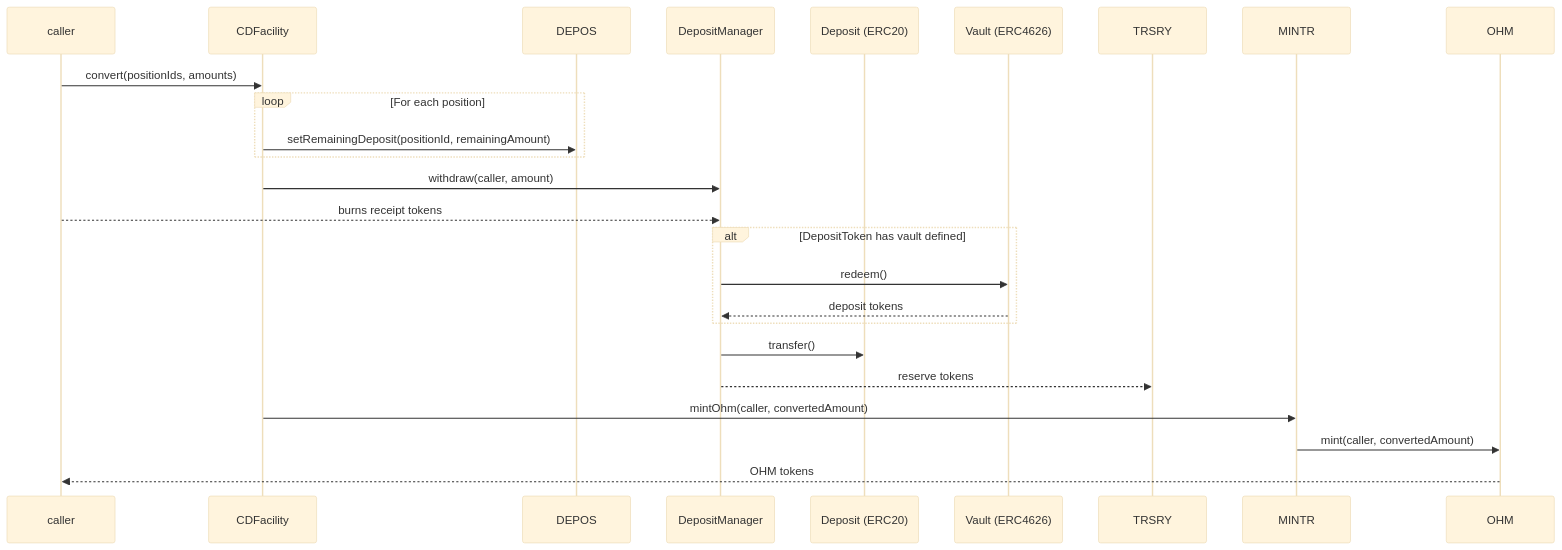
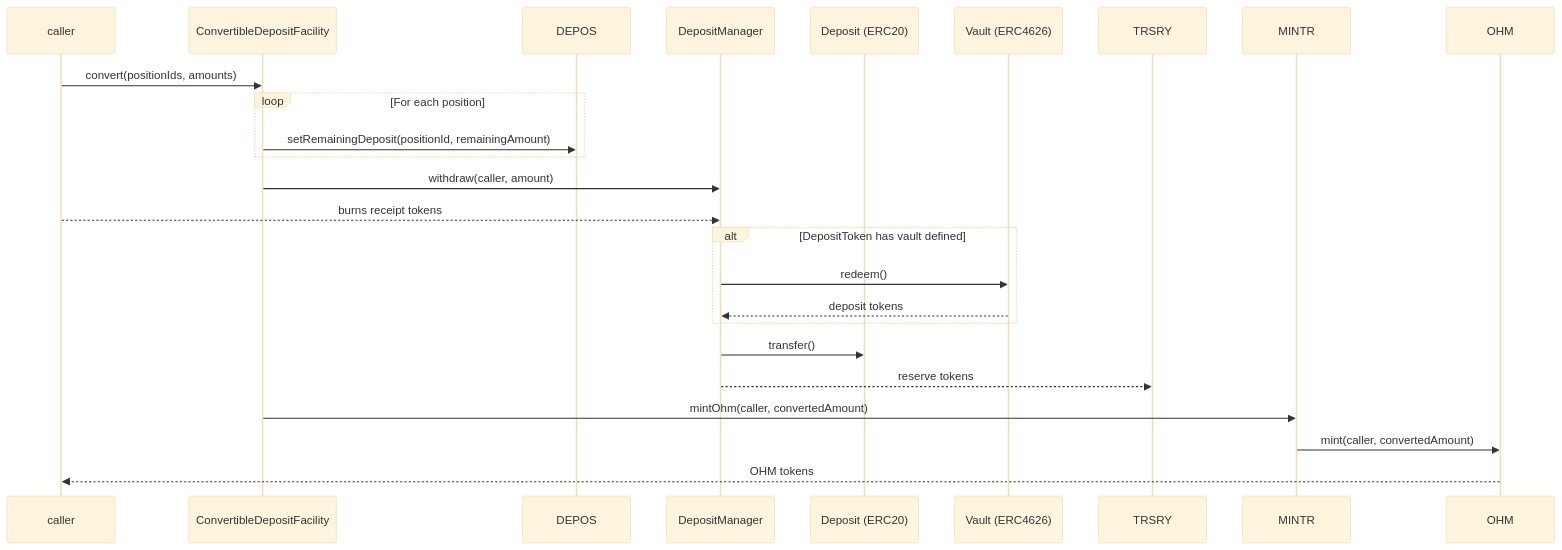
The fourth of 9 diagrams in audit/2025-01_convertible-deposits/README.md (OlympusDAO/olympus-v3), drawn with Mermaid (base theme) before and after one commit. The commit also changed other lines of this file and 1 other file, not shown here.

````diff
--- a/audit/2025-01_convertible-deposits/README.md
+++ b/audit/2025-01_convertible-deposits/README.md
@@ -293,28 +304,28 @@
 ```mermaid
 sequenceDiagram
     participant caller
-    participant CDFacility
+    participant ConvertibleDepositFacility
     participant DEPOS
     participant DepositManager
     participant DepositToken as Deposit (ERC20)
     participant VaultToken as Vault (ERC4626)
     participant TRSRY
     participant MINTR
     participant OHM
 
-    caller->>CDFacility: convert(positionIds, amounts)
+    caller->>ConvertibleDepositFacility: convert(positionIds, amounts)
     loop For each position
-        CDFacility->>DEPOS: setRemainingDeposit(positionId, remainingAmount)
+        ConvertibleDepositFacility->>DEPOS: setRemainingDeposit(positionId, remainingAmount)
     end
-    CDFacility->>DepositManager: withdraw(caller, amount)
+    ConvertibleDepositFacility->>DepositManager: withdraw(caller, amount)
     caller-->>DepositManager: burns receipt tokens
     alt DepositToken has vault defined
     DepositManager->>VaultToken: redeem()
     VaultToken-->>DepositManager: deposit tokens
     end
     DepositManager->>DepositToken: transfer()
     DepositManager-->>TRSRY: reserve tokens
-    CDFacility->>MINTR: mintOhm(caller, convertedAmount)
+    ConvertibleDepositFacility->>MINTR: mintOhm(caller, convertedAmount)
     MINTR->>OHM: mint(caller, convertedAmount)
     OHM-->>caller: OHM tokens
 ```
````
